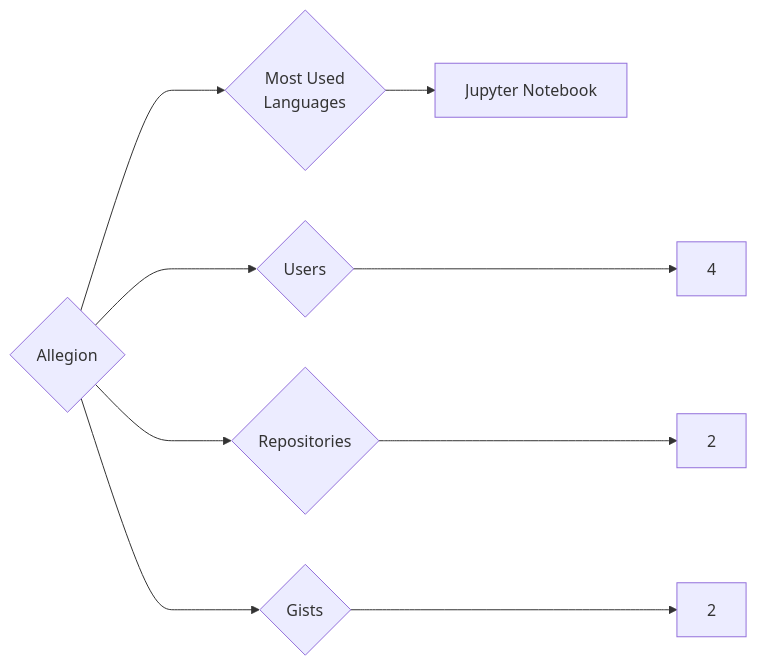
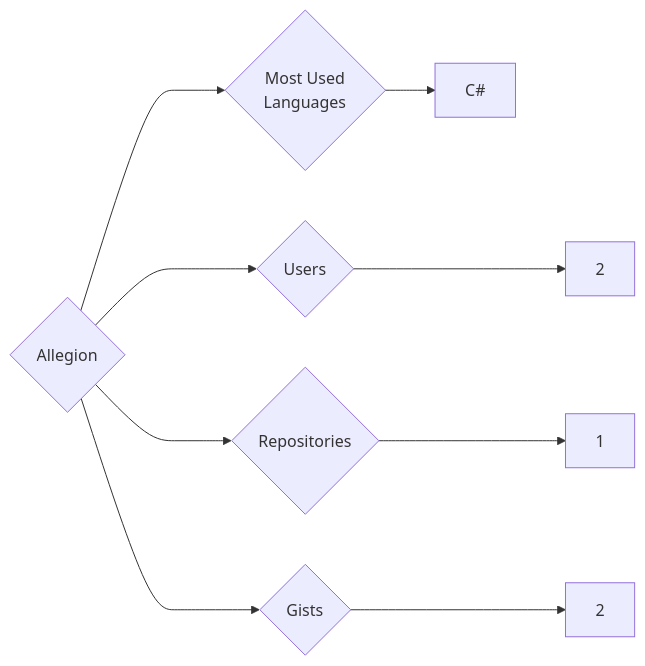
One commit to trickest/insiders changed the diagram in targets/Allegion/README.md. Above: the diagram before and after it, drawn with Mermaid. The commit also changed 1007 other files, not shown here.

````diff
--- a/targets/Allegion/README.md
+++ b/targets/Allegion/README.md
@@ -3,9 +3,9 @@
 ```mermaid
 graph LR
 COMPANY_NAME{Allegion}
-COMPANY_NAME ---> U{Users} ---> UN[4]
-COMPANY_NAME ---> R{Repositories} ---> RN[2]
+COMPANY_NAME ---> U{Users} ---> UN[2]
+COMPANY_NAME ---> R{Repositories} ---> RN[1]
 COMPANY_NAME ---> G{Gists} ---> GN[2]
 COMPANY_NAME ---> ML{Most Used<br>Languages}
-ML --> Jupyter_Notebook[Jupyter Notebook]
+ML --> C#[C#]
 ```
````
